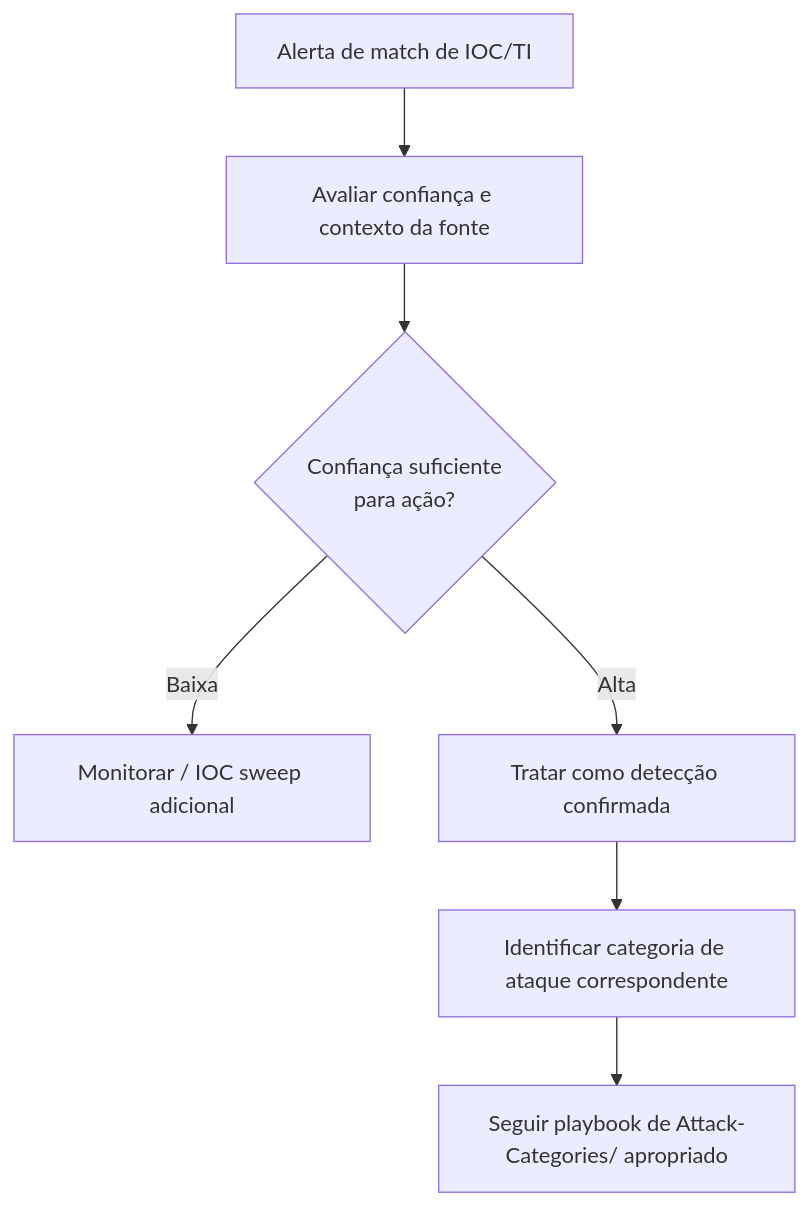
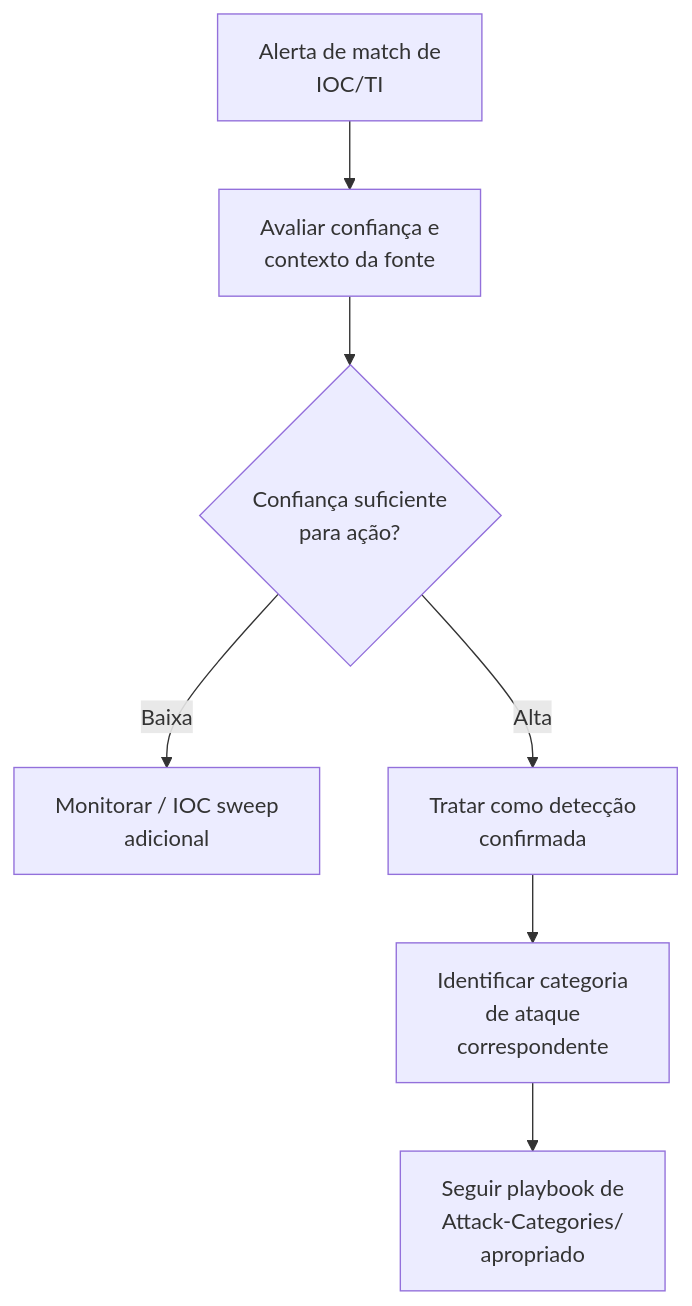
Before and after one commit to LuucasVerdun/Cyber-Attack-Analysis-Framework: the diagram in Attack-Categories/Threat-Intel/README.md, drawn with Mermaid. The commit also changed 28 other files, not shown here.

````diff
--- a/Attack-Categories/Threat-Intel/README.md
+++ b/Attack-Categories/Threat-Intel/README.md
@@ -17,9 +17,9 @@
 ```mermaid
 flowchart TD
-    A[Alerta de match de IOC/TI] --> B[Avaliar confiança e contexto da fonte]
+    A[Alerta de match de<br/>IOC/TI] --> B[Avaliar confiança e<br/>contexto da fonte]
     B --> C{Confiança suficiente<br/>para ação?}
-    C -->|Baixa| D[Monitorar / IOC sweep adicional]
-    C -->|Alta| E[Tratar como detecção confirmada]
-    E --> F[Identificar categoria de ataque correspondente]
-    F --> G[Seguir playbook de Attack-Categories/ apropriado]
+    C -->|Baixa| D[Monitorar / IOC sweep<br/>adicional]
+    C -->|Alta| E[Tratar como detecção<br/>confirmada]
+    E --> F[Identificar categoria<br/>de ataque<br/>correspondente]
+    F --> G[Seguir playbook de<br/>Attack-Categories/<br/>apropriado]
 ```
````
